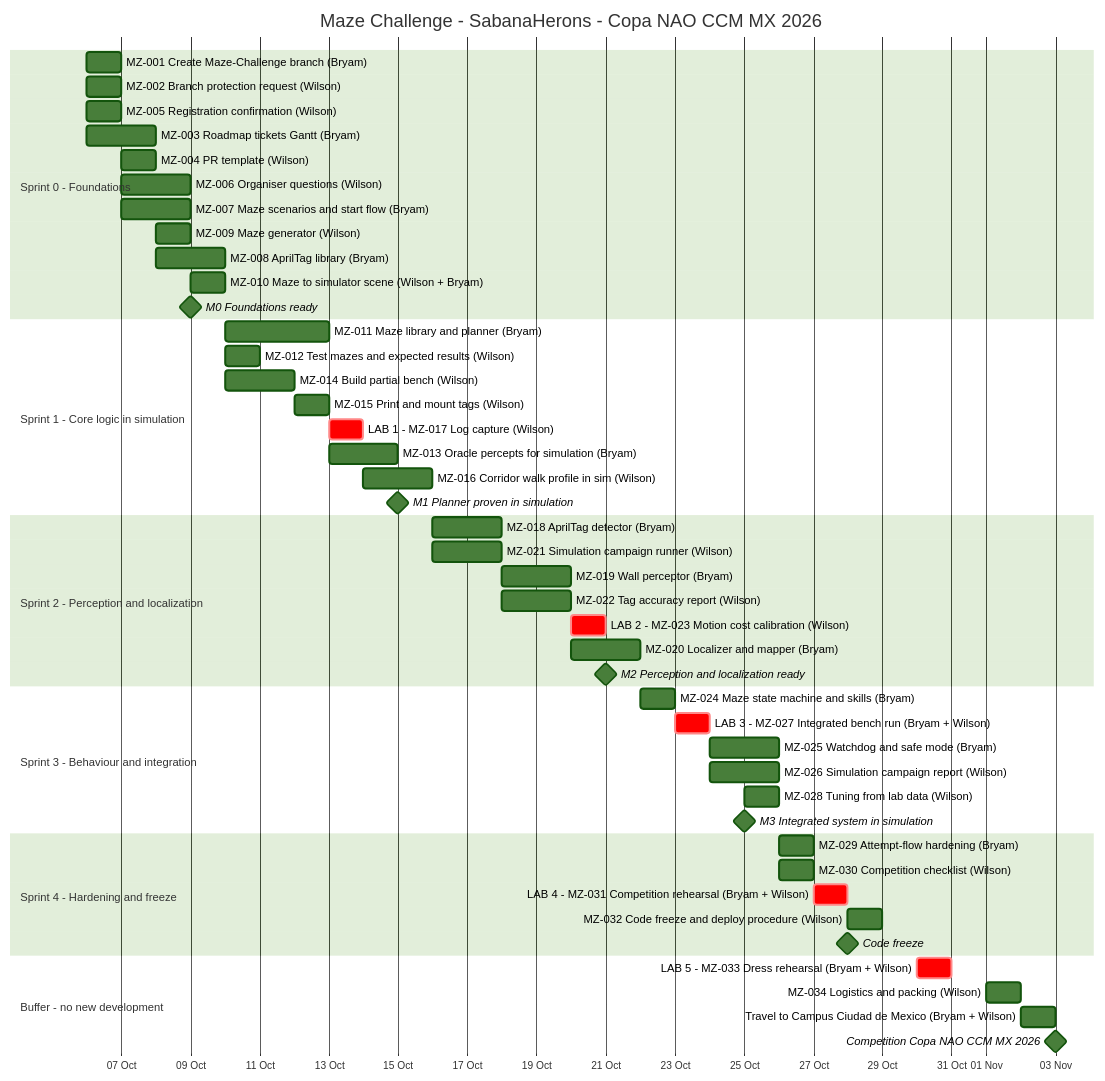
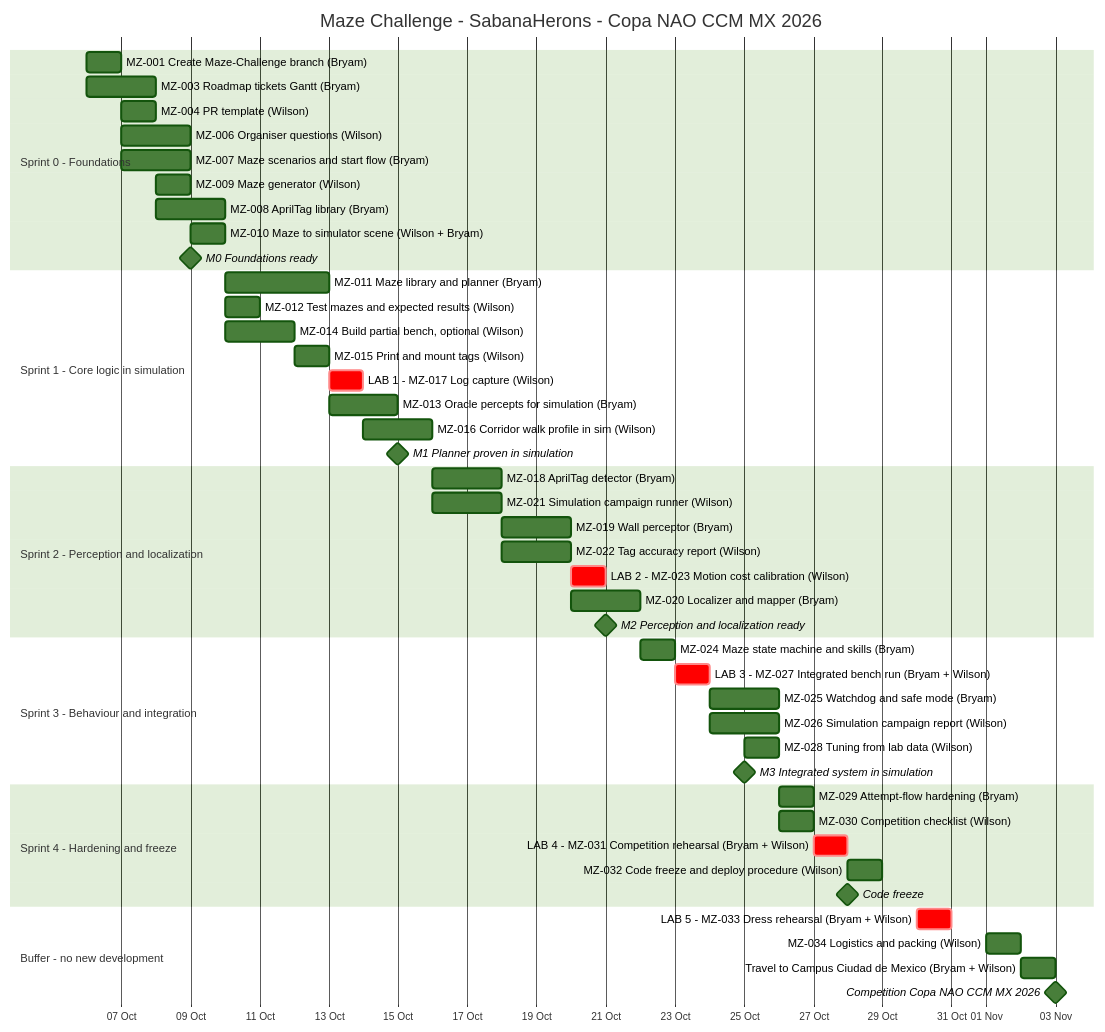
One commit to juanulloa2050/SabanaHerons2026 changed the diagram in docs/GANTT_LABERINTO.md. Above: the diagram before and after it, drawn with Mermaid (forest theme). The commit also changed other lines of this file and 2 other files, not shown here.

````diff
--- a/docs/GANTT_LABERINTO.md
+++ b/docs/GANTT_LABERINTO.md
@@ -15,60 +15,58 @@
 ```mermaid
 gantt
     title Maze Challenge - SabanaHerons - Copa NAO CCM MX 2026
     dateFormat YYYY-MM-DD
     axisFormat %d %b
     todayMarker off
 
     section Sprint 0 - Foundations
     MZ-001 Create Maze-Challenge branch (Bryam)       :t01, 2026-10-06, 1d
-    MZ-002 Branch protection request (Wilson)         :t02, 2026-10-06, 1d
-    MZ-005 Registration confirmation (Wilson)         :t05, 2026-10-06, 1d
     MZ-003 Roadmap tickets Gantt (Bryam)              :t03, 2026-10-06, 2d
     MZ-004 PR template (Wilson)                       :t04, 2026-10-07, 1d
     MZ-006 Organiser questions (Wilson)               :t06, 2026-10-07, 2d
     MZ-007 Maze scenarios and start flow (Bryam)      :t07, 2026-10-07, 2d
     MZ-009 Maze generator (Wilson)                    :t09, 2026-10-08, 1d
     MZ-008 AprilTag library (Bryam)                   :t08, 2026-10-08, 2d
     MZ-010 Maze to simulator scene (Wilson + Bryam)   :t10, 2026-10-09, 1d
     M0 Foundations ready                              :milestone, m0, 2026-10-09, 0d
 
     section Sprint 1 - Core logic in simulation
     MZ-011 Maze library and planner (Bryam)           :t11, 2026-10-10, 3d
     MZ-012 Test mazes and expected results (Wilson)   :t12, 2026-10-10, 1d
-    MZ-014 Build partial bench (Wilson)               :t14, 2026-10-10, 2d
+    MZ-014 Build partial bench, optional (Wilson)             :t14, 2026-10-10, 2d
     MZ-015 Print and mount tags (Wilson)              :t15, 2026-10-12, 1d
     LAB 1 - MZ-017 Log capture (Wilson)               :crit, t17, 2026-10-13, 1d
     MZ-013 Oracle percepts for simulation (Bryam)     :t13, 2026-10-13, 2d
     MZ-016 Corridor walk profile in sim (Wilson)      :t16, 2026-10-14, 2d
     M1 Planner proven in simulation                   :milestone, m1, 2026-10-15, 0d
 
     section Sprint 2 - Perception and localization
     MZ-018 AprilTag detector (Bryam)                  :t18, 2026-10-16, 2d
     MZ-021 Simulation campaign runner (Wilson)        :t21, 2026-10-16, 2d
     MZ-019 Wall perceptor (Bryam)                     :t19, 2026-10-18, 2d
     MZ-022 Tag accuracy report (Wilson)               :t22, 2026-10-18, 2d
     LAB 2 - MZ-023 Motion cost calibration (Wilson)   :crit, t23, 2026-10-20, 1d
     MZ-020 Localizer and mapper (Bryam)               :t20, 2026-10-20, 2d
     M2 Perception and localization ready              :milestone, m2, 2026-10-21, 0d
 
     section Sprint 3 - Behaviour and integration
     MZ-024 Maze state machine and skills (Bryam)      :t24, 2026-10-22, 1d
     LAB 3 - MZ-027 Integrated bench run (Bryam + Wilson) :crit, t27, 2026-10-23, 1d
     MZ-025 Watchdog and safe mode (Bryam)             :t25, 2026-10-24, 2d
     MZ-026 Simulation campaign report (Wilson)        :t26, 2026-10-24, 2d
     MZ-028 Tuning from lab data (Wilson)              :t28, 2026-10-25, 1d
     M3 Integrated system in simulation                :milestone, m3, 2026-10-25, 0d
 
     section Sprint 4 - Hardening and freeze
     MZ-029 Attempt-flow hardening (Bryam)             :t29, 2026-10-26, 1d
     MZ-030 Competition checklist (Wilson)             :t30, 2026-10-26, 1d
     LAB 4 - MZ-031 Competition rehearsal (Bryam + Wilson) :crit, t31, 2026-10-27, 1d
     MZ-032 Code freeze and deploy procedure (Wilson)  :t32, 2026-10-28, 1d
     Code freeze                                       :milestone, m4, 2026-10-28, 0d
 
     section Buffer - no new development
     LAB 5 - MZ-033 Dress rehearsal (Bryam + Wilson)   :crit, t33, 2026-10-30, 1d
     MZ-034 Logistics and packing (Wilson)             :t34, 2026-11-01, 1d
     Travel to Campus Ciudad de Mexico (Bryam + Wilson) :t35, 2026-11-02, 1d
     Competition Copa NAO CCM MX 2026                  :milestone, m5, 2026-11-03, 0d
 ```
````
